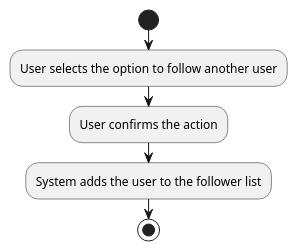
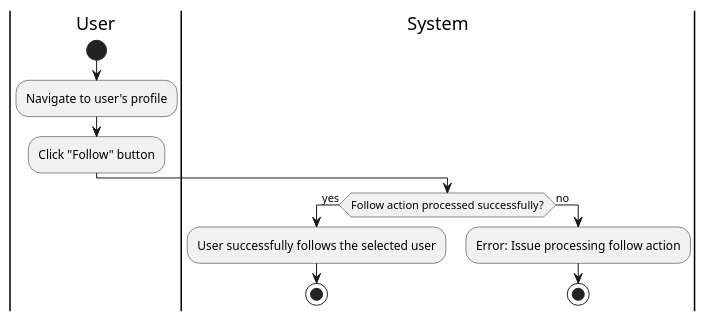
Before and after one commit to tungbeo0221/Forked-crosscodex.github.io: the seventh of 22 diagrams in docs/checkpoint_1/use_cases.md, drawn with PlantUML. The commit also changed other lines of this file and 39 other files, not shown here.

````diff
--- a/docs/checkpoint_1/use_cases.md
+++ b/docs/checkpoint_1/use_cases.md
@@ -183,9 +221,17 @@
 ```plantuml
 @startuml
+|User|
 start
-:User selects the option to follow another user;
-:User confirms the action;
-:System adds the user to the follower list;
-stop
+:Navigate to user's profile;
+:Click "Follow" button;
+|System|
+if (Follow action processed successfully?) then (yes)
+  :User successfully follows the selected user;
+  stop
+else (no)
+  :Error: Issue processing follow action;
+  stop
+endif
 @enduml
+
 ```
````
